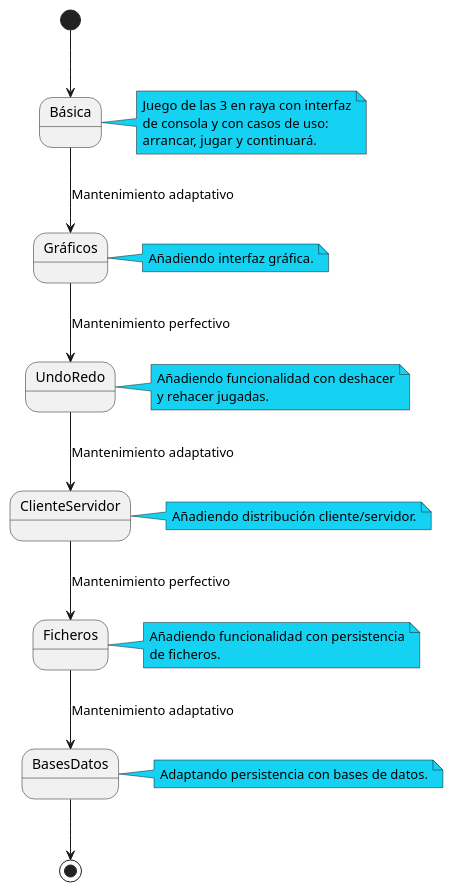
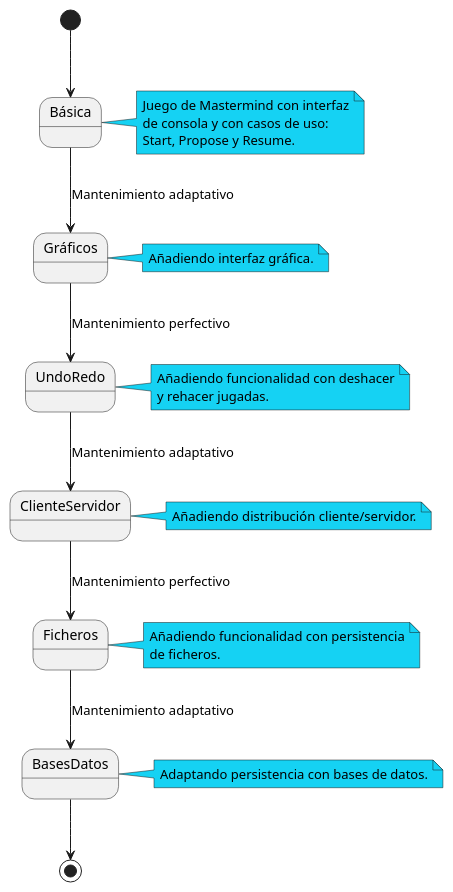
One commit to EscuelaIt/requirements changed the diagram in docs/diagrams/src/versiones.plantuml. Above: the diagram before and after it, drawn with PlantUML. The commit also changed 35 other files, not shown here.

```diff
--- a/docs/diagrams/src/versiones.plantuml
+++ b/docs/diagrams/src/versiones.plantuml
@@ -1,49 +1,49 @@
-@startuml version
+@startuml versiones
 
 state Básica
 state Gráficos
 state UndoRedo
 state ClienteServidor
 State Ficheros
 State BasesDatos
 
 [*] --> Básica
 Básica --> Gráficos:Mantenimiento adaptativo
 Gráficos --> UndoRedo:Mantenimiento perfectivo
 UndoRedo --> ClienteServidor:Mantenimiento adaptativo
 ClienteServidor --> Ficheros:Mantenimiento perfectivo
 Ficheros --> BasesDatos:Mantenimiento adaptativo
 BasesDatos --> [*]
 
 
 
 note right of Básica #15D2F3
-  Juego de las 3 en raya con interfaz
+  Juego de Mastermind con interfaz
   de consola y con casos de uso:
-  arrancar, jugar y continuará.
+  Start, Propose y Resume.
 end note
 
 note right of Gráficos #15D2F3
   Añadiendo interfaz gráfica.
 end note
 
 note right of UndoRedo #15D2F3
   Añadiendo funcionalidad con deshacer
   y rehacer jugadas.
 end note
 
 note right of ClienteServidor #15D2F3
   Añadiendo distribución cliente/servidor.
 end note
 
 note right of Ficheros #15D2F3
   Añadiendo funcionalidad con persistencia
   de ficheros.
 end note
 
 note right of BasesDatos #15D2F3
   Adaptando persistencia con bases de datos.
 end note
 
 
 @enduml
```
